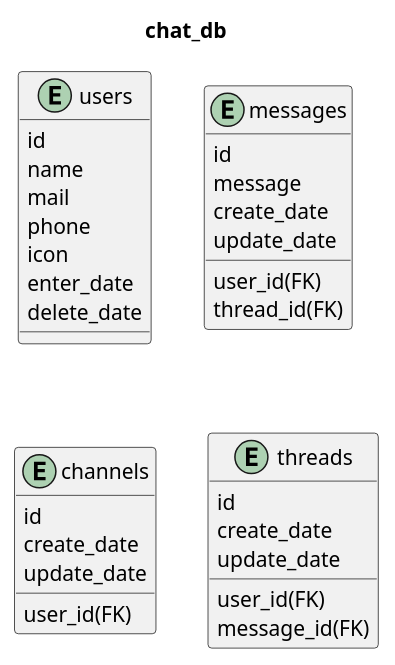
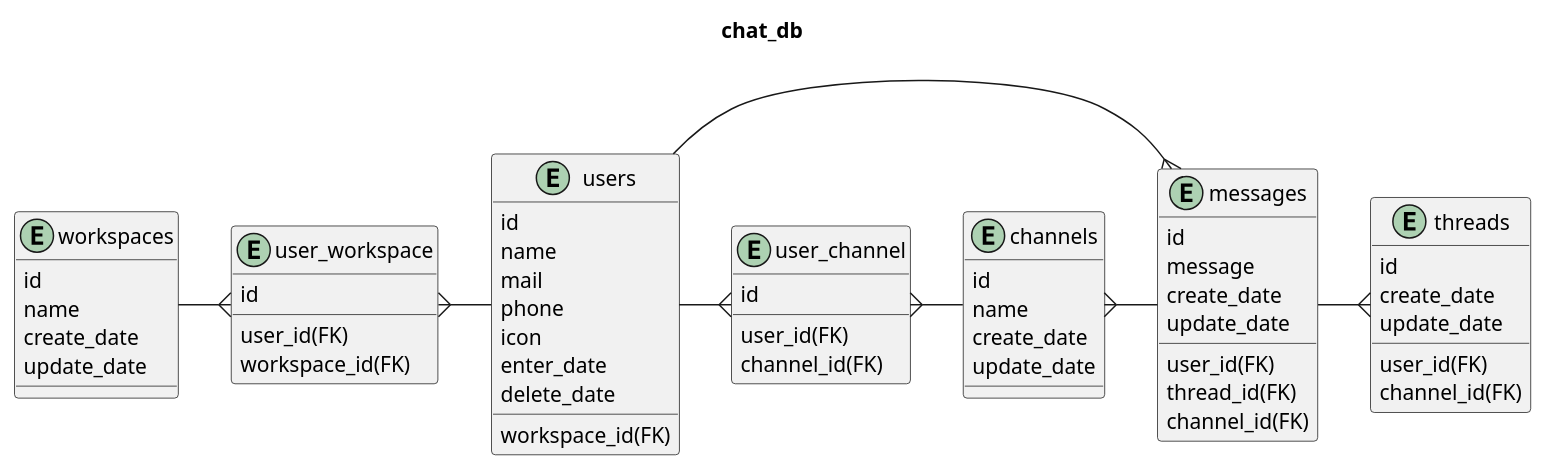
One commit to yrkFukushima/praha-challenge changed the diagram in db/chat.pu. Above: the diagram before and after it, drawn with PlantUML. The commit also changed 2 other files, not shown here.

```diff
--- a/db/chat.pu
+++ b/db/chat.pu
@@ -1,36 +1,65 @@
 @startuml
 title chat_db
 entity users {
   id
   name
   mail
   phone
   icon
+  workspace_id(FK)
   enter_date
   delete_date
 }
 
 entity messages {
   id
   user_id(FK)
   message
   create_date
   update_date
   thread_id(FK)
+  channel_id(FK)
 }
 
 entity channels {
   id
-  user_id(FK)
+  name
   create_date
   update_date
 }
 
 entity threads {
   id
   user_id(FK)
-  message_id(FK)
+  channel_id(FK)
   create_date
   update_date
 }
+
+entity user_channel {
+  id
+  user_id(FK)
+  channel_id(FK)
+}
+
+entity workspaces {
+  id
+  name
+  create_date
+  update_date
+}
+
+entity user_workspace {
+  id
+  user_id(FK)
+  workspace_id(FK)
+}
+
+users -{ user_channel
+user_channel }- channels
+users -{ messages
+user_workspace }- users
+workspaces -{ user_workspace
+messages -{ threads
+channels }-  messages
 @enduml
```
